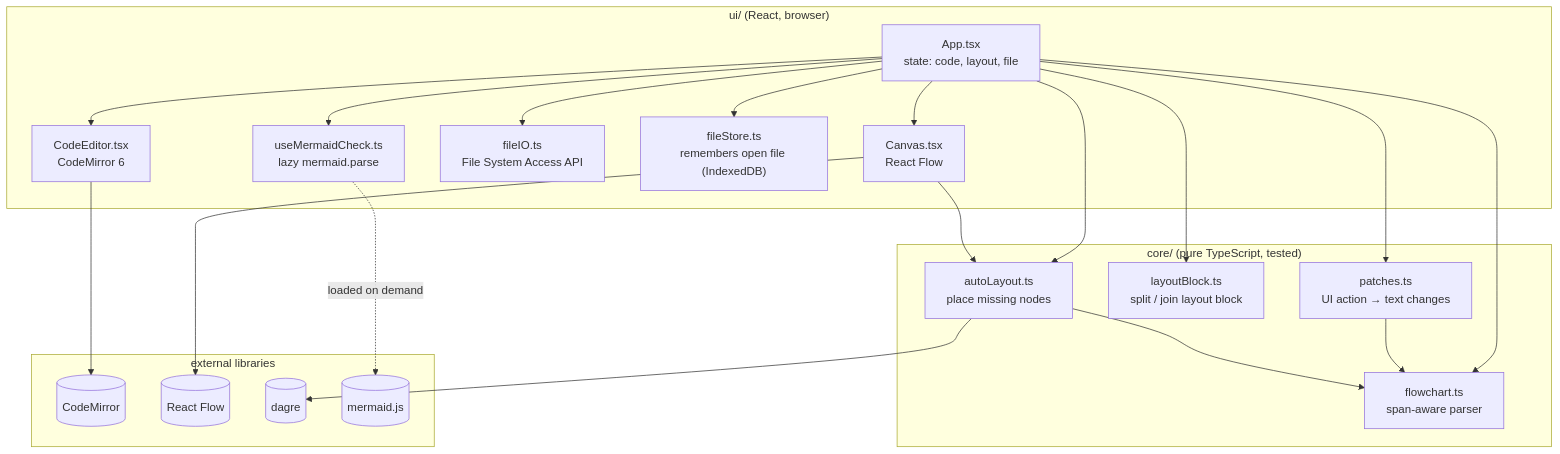
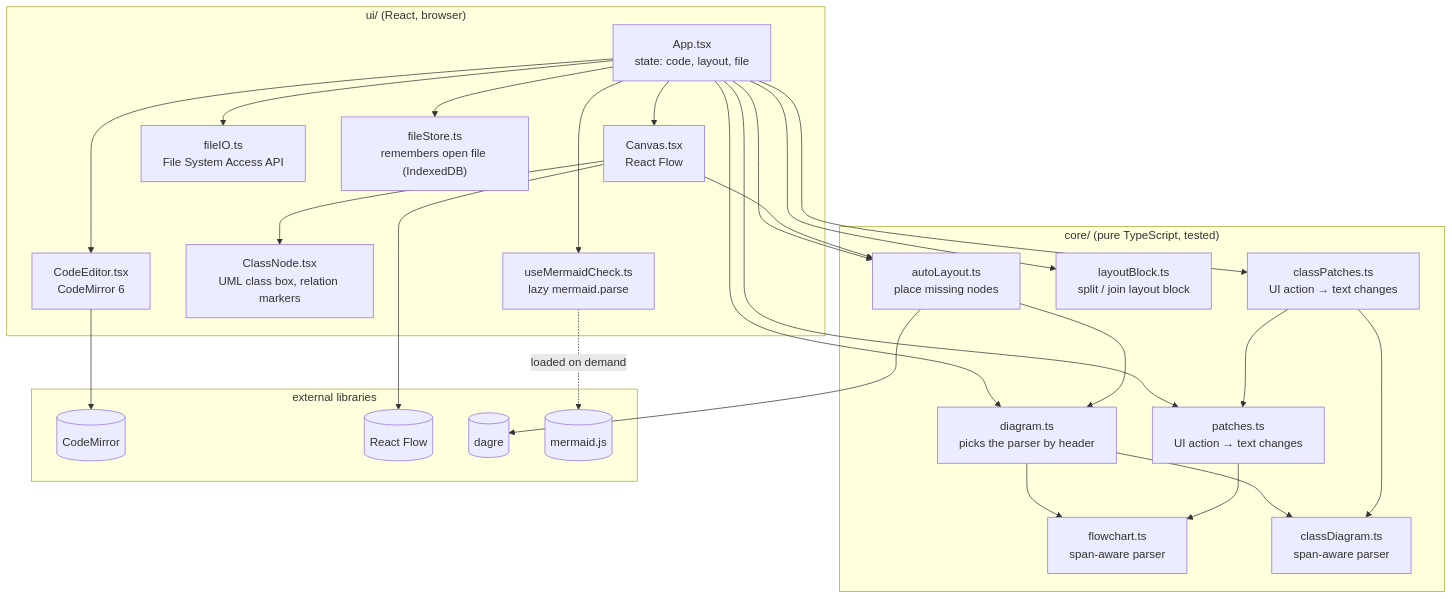
Before and after one commit to oguzmum/mirrormaid: the first of 3 diagrams in docs/architecture.md, drawn with Mermaid. The commit also changed 16 other files, not shown here.

Commit message:
add class diagrams

````diff
--- a/docs/architecture.md
+++ b/docs/architecture.md
@@ -13,43 +13,53 @@
 ```mermaid
 flowchart TB
     subgraph UI["ui/ (React, browser)"]
         App["App.tsx<br/>state: code, layout, file"]
         Editor["CodeEditor.tsx<br/>CodeMirror 6"]
         Canvas["Canvas.tsx<br/>React Flow"]
+        ClassNode["ClassNode.tsx<br/>UML class box, relation markers"]
         FileIO["fileIO.ts<br/>File System Access API"]
         FileStore["fileStore.ts<br/>remembers open file (IndexedDB)"]
         Check["useMermaidCheck.ts<br/>lazy mermaid.parse"]
     end
 
     subgraph Core["core/ (pure TypeScript, tested)"]
+        Diagram["diagram.ts<br/>picks the parser by header"]
         Parser["flowchart.ts<br/>span-aware parser"]
         Patches["patches.ts<br/>UI action → text changes"]
+        ClassParser["classDiagram.ts<br/>span-aware parser"]
+        ClassPatches["classPatches.ts<br/>UI action → text changes"]
         Block["layoutBlock.ts<br/>split / join layout block"]
         Auto["autoLayout.ts<br/>place missing nodes"]
     end
 
     subgraph Libs["external libraries"]
         CM[(CodeMirror)]
         RF[(React Flow)]
         Dagre[(dagre)]
         Mermaid[(mermaid.js)]
     end
 
     App --> Editor
     App --> Canvas
     App --> FileIO
     App --> FileStore
     App --> Check
-    App --> Parser
+    App --> Diagram
     App --> Patches
+    App --> ClassPatches
     App --> Block
     App --> Auto
 
+    Diagram --> Parser
+    Diagram --> ClassParser
     Patches --> Parser
-    Auto --> Parser
+    ClassPatches --> ClassParser
+    ClassPatches --> Patches
+    Auto --> Diagram
+    Canvas --> ClassNode
     Auto --> Dagre
     Canvas --> Auto
     Editor --> CM
     Canvas --> RF
     Check -.->|loaded on demand| Mermaid
 ```
````
